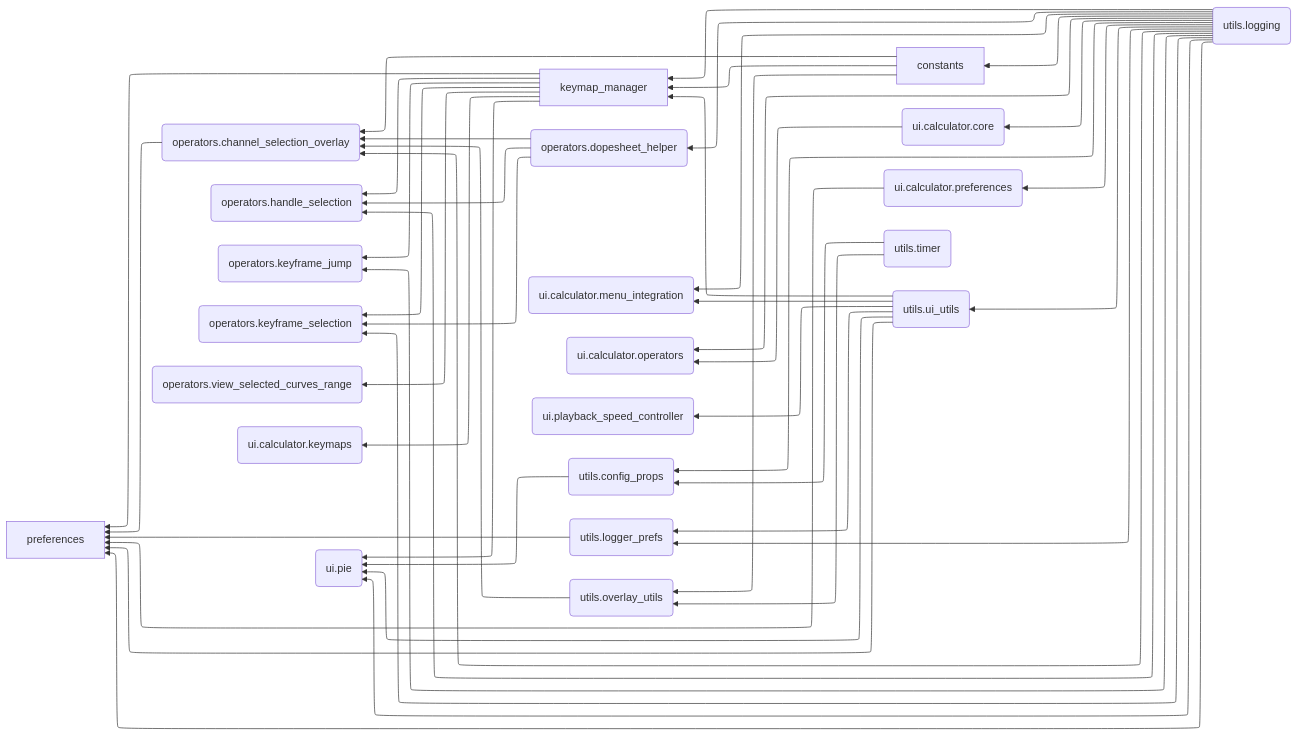
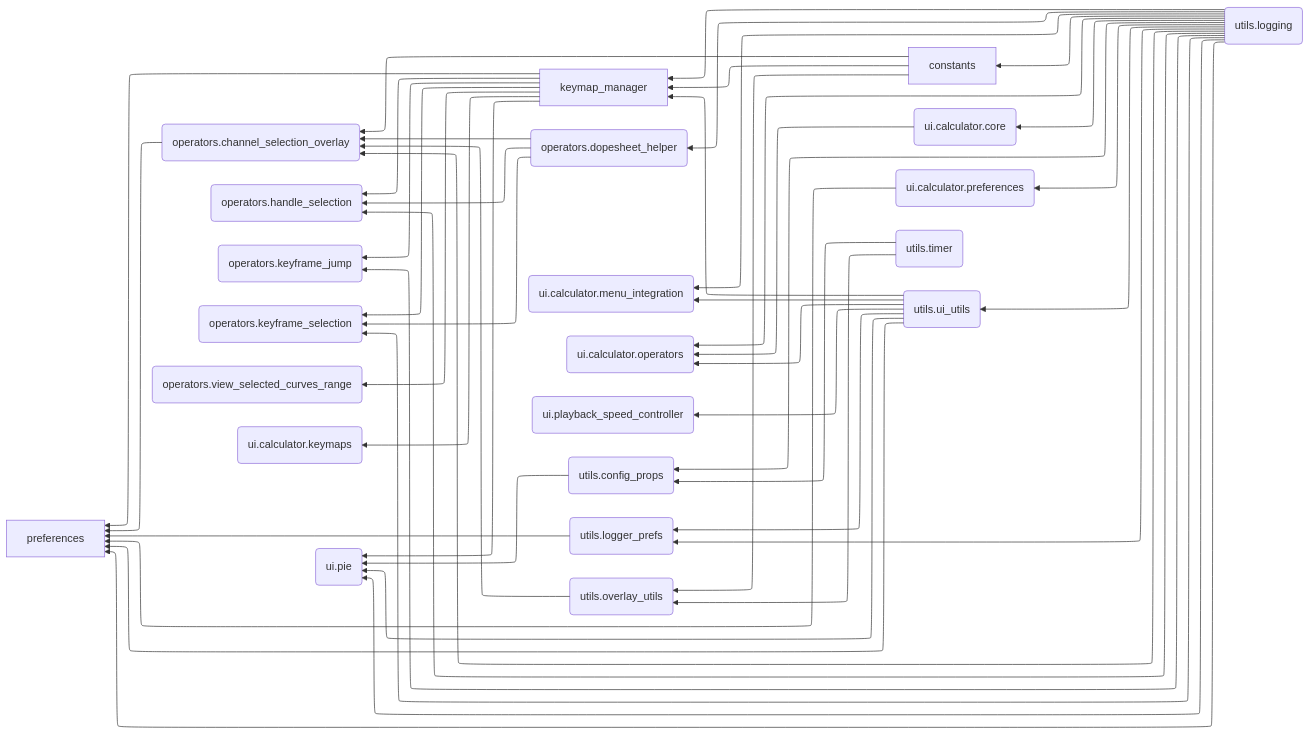
The diagram in docs/debug/module_dependencies.mmd (Pluglug/graph_monkey), drawn with Mermaid before and after one commit. The commit also changed 4 other files, not shown here.

```diff
--- a/docs/debug/module_dependencies.mmd
+++ b/docs/debug/module_dependencies.mmd
@@ -1,73 +1,74 @@
 ---
 config:
   theme: mc
   layout: elk
   flowchart:
     curve: basis
 ---
 flowchart RL
     constants[constants]
     keymap_manager[keymap_manager]
     operators_channel_selection_overlay(operators.channel_selection_overlay)
     operators_dopesheet_helper(operators.dopesheet_helper)
     operators_handle_selection(operators.handle_selection)
     operators_keyframe_jump(operators.keyframe_jump)
     operators_keyframe_selection(operators.keyframe_selection)
     operators_view_selected_curves_range(operators.view_selected_curves_range)
     preferences[preferences]
     ui_calculator_core(ui.calculator.core)
     ui_calculator_keymaps(ui.calculator.keymaps)
     ui_calculator_menu_integration(ui.calculator.menu_integration)
     ui_calculator_operators(ui.calculator.operators)
     ui_calculator_preferences(ui.calculator.preferences)
     ui_pie(ui.pie)
     ui_playback_speed_controller(ui.playback_speed_controller)
     utils_config_props(utils.config_props)
     utils_logger_prefs(utils.logger_prefs)
     utils_logging(utils.logging)
     utils_overlay_utils(utils.overlay_utils)
     utils_timer(utils.timer)
     utils_ui_utils(utils.ui_utils)
     constants --> keymap_manager
     constants --> operators_channel_selection_overlay
     constants --> utils_overlay_utils
     keymap_manager --> operators_handle_selection
     keymap_manager --> operators_keyframe_jump
     keymap_manager --> operators_keyframe_selection
     keymap_manager --> operators_view_selected_curves_range
     keymap_manager --> preferences
     keymap_manager --> ui_calculator_keymaps
     keymap_manager --> ui_pie
     operators_channel_selection_overlay --> preferences
     operators_dopesheet_helper --> operators_channel_selection_overlay
     operators_dopesheet_helper --> operators_handle_selection
     operators_dopesheet_helper --> operators_keyframe_selection
     ui_calculator_core --> ui_calculator_operators
     ui_calculator_preferences --> preferences
     utils_config_props --> ui_pie
     utils_logger_prefs --> preferences
     utils_logging --> constants
     utils_logging --> keymap_manager
     utils_logging --> operators_channel_selection_overlay
     utils_logging --> operators_dopesheet_helper
     utils_logging --> operators_handle_selection
     utils_logging --> operators_keyframe_jump
     utils_logging --> operators_keyframe_selection
     utils_logging --> preferences
     utils_logging --> ui_calculator_core
     utils_logging --> ui_calculator_menu_integration
     utils_logging --> ui_calculator_operators
     utils_logging --> ui_calculator_preferences
     utils_logging --> ui_pie
     utils_logging --> utils_config_props
     utils_logging --> utils_logger_prefs
     utils_logging --> utils_ui_utils
     utils_overlay_utils --> operators_channel_selection_overlay
     utils_timer --> utils_config_props
     utils_timer --> utils_overlay_utils
     utils_ui_utils --> keymap_manager
     utils_ui_utils --> preferences
     utils_ui_utils --> ui_calculator_menu_integration
+    utils_ui_utils --> ui_calculator_operators
     utils_ui_utils --> ui_pie
     utils_ui_utils --> ui_playback_speed_controller
     utils_ui_utils --> utils_logger_prefs
```
